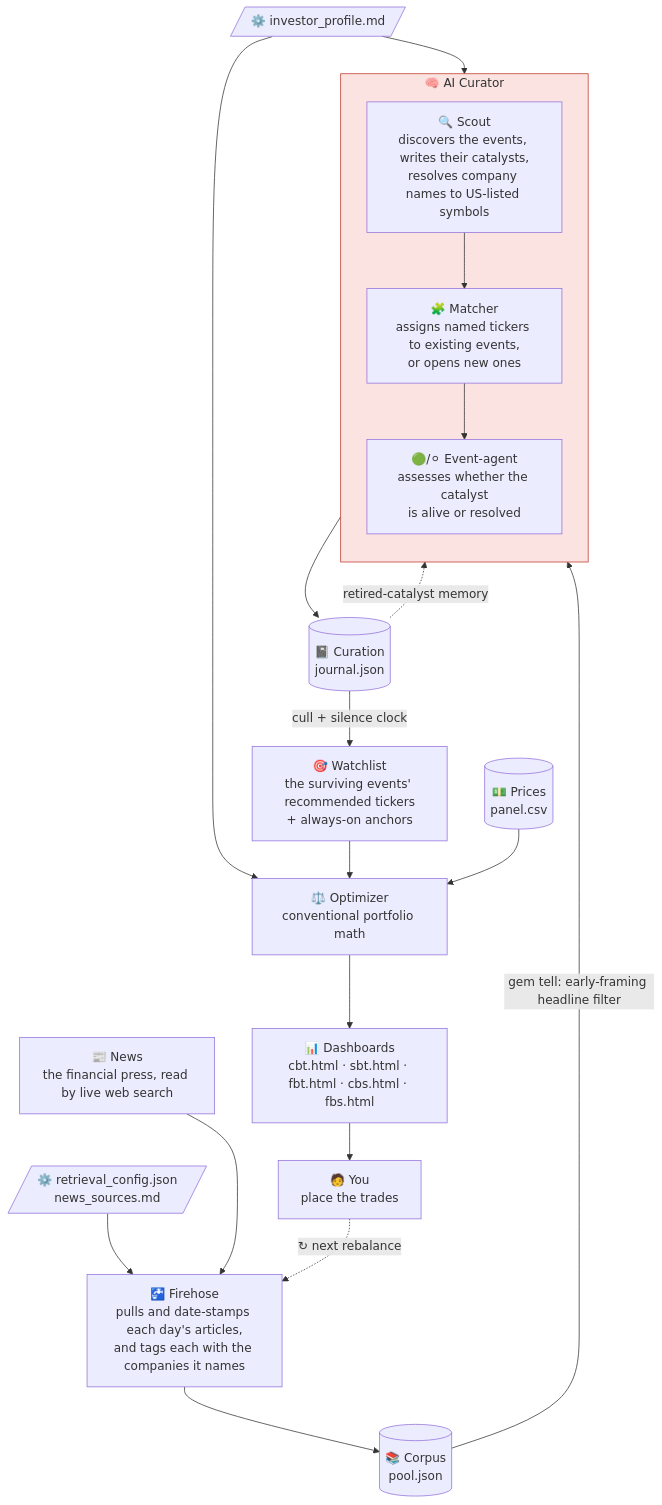
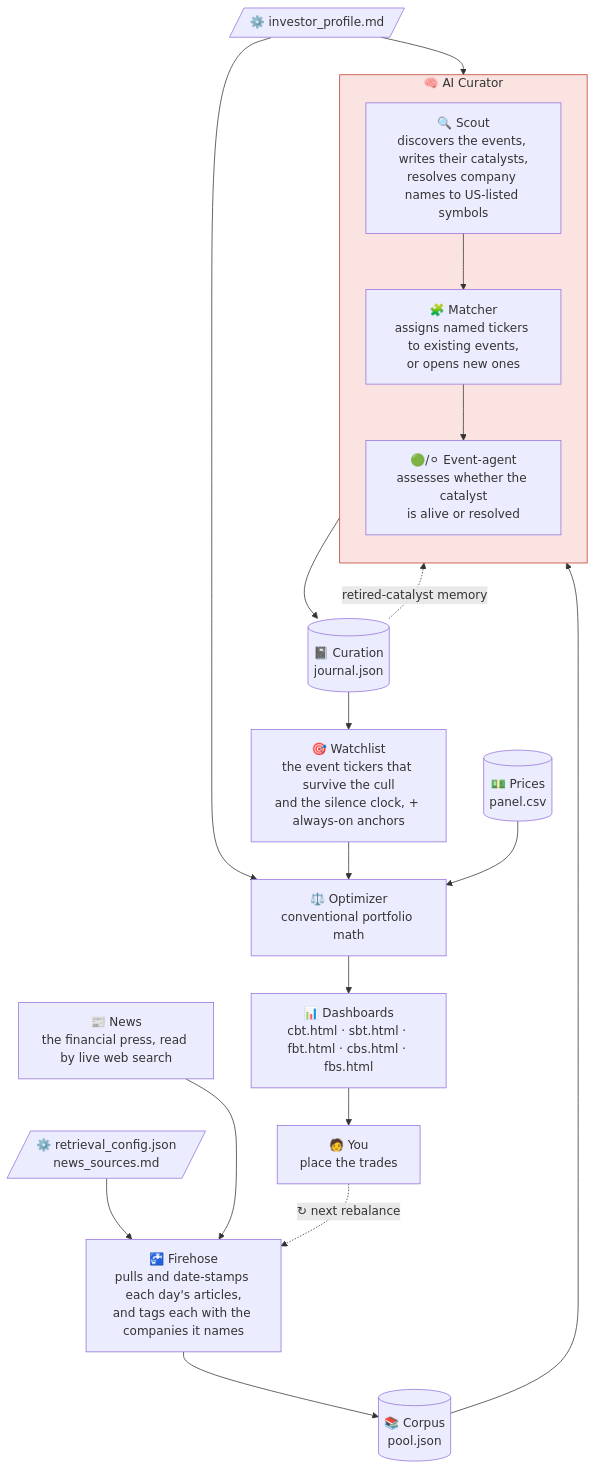
One commit to joehahn/geo-herd-rider changed the diagram in README.md. Above: the diagram before and after it, drawn with Mermaid.

Commit message:
Two edge labels belonged in a box; one has to stay on its edge
Claude-Session: https://claude.ai/code/session_0124KDYUcFYPfSCds3YUFieg

````diff
--- a/README.md
+++ b/README.md
@@ -31,36 +31,36 @@
 ```mermaid
 flowchart TD
     N["📰 News<br/>the financial press, read by live web search"]
     CFG[/"⚙️ retrieval_config.json<br/>news_sources.md"/]
     N ~~~ CFG
     CFG --> FH
     N --> FH
     FH["🚰 Firehose<br/>pulls and date-stamps each day's articles,<br/>and tags each with the companies it names"]
     FH --> POOL[("📚 Corpus<br/>pool.json")]
-    POOL -->|"gem tell: early-framing headline filter"| SC
+    POOL --> SC
 
     subgraph CUR["🧠 AI Curator"]
       direction TB
       SC["🔍 Scout<br/>discovers the events, writes their catalysts,<br/>resolves company names to US-listed symbols"]
       MA["🧩 Matcher<br/>assigns named tickers to existing events,<br/>or opens new ones"]
       AG["🟢/⚪ Event-agent<br/>assesses whether the catalyst<br/>is alive or resolved"]
       SC --> MA --> AG
     end
 
     PROF[/"⚙️ investor_profile.md"/]
     PROF --> SC
     PROF --> OPT
 
     AG --> J[("📓 Curation<br/>journal.json")]
     J -. "retired-catalyst memory" .-> SC
-    J -->|"cull + silence clock"| WL
-    WL["🎯 Watchlist<br/>the surviving events' recommended tickers<br/>+ always-on anchors"]
+    J --> WL
+    WL["🎯 Watchlist<br/>the event tickers that survive the cull<br/>and the silence clock, + always-on anchors"]
     WL --> OPT
     PX[("💵 Prices<br/>panel.csv")] --> OPT
     OPT["⚖️ Optimizer<br/>conventional portfolio math"]
     OPT --> D["📊 Dashboards<br/>cbt.html · sbt.html · fbt.html · cbs.html · fbs.html"]
     D --> U["🧑 You<br/>place the trades"]
     U -. "↻ next rebalance" .-> FH
 
     style CUR fill:#fae3e0,stroke:#c0392b
 ```
````
